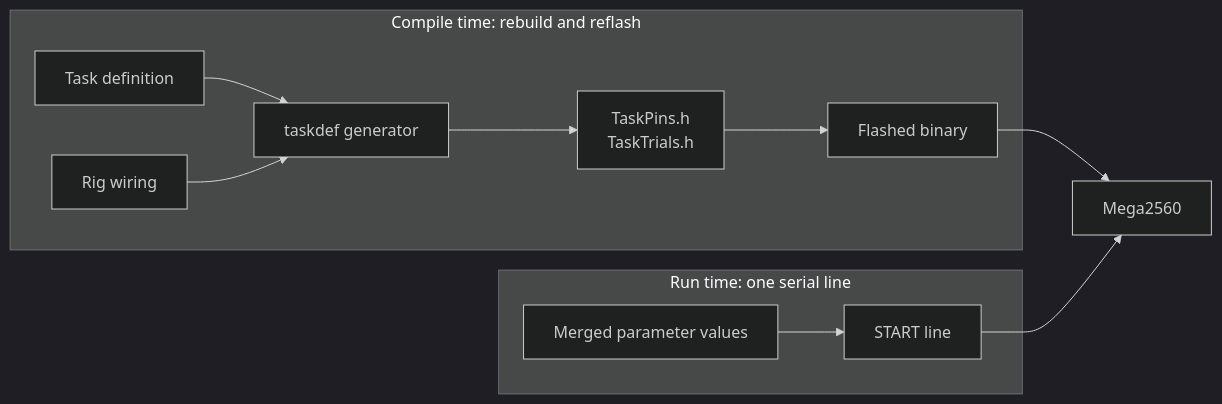
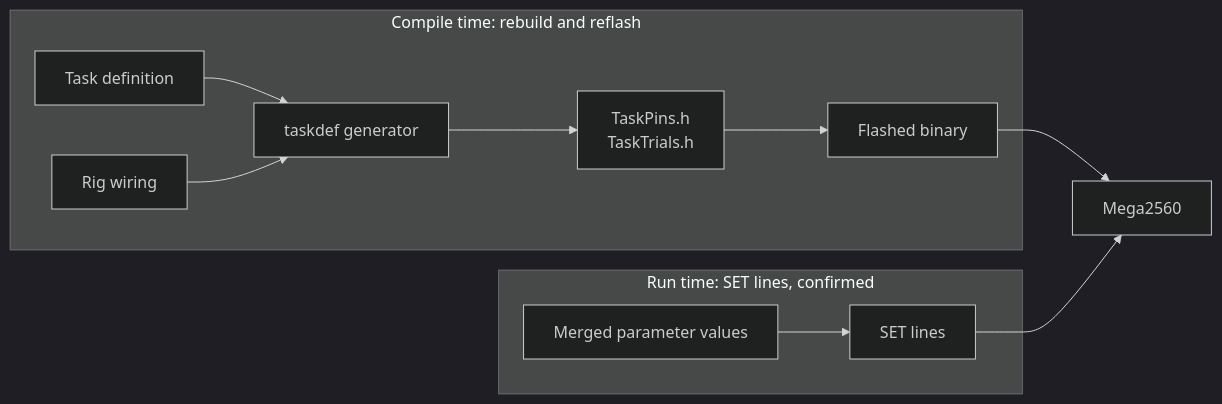
The first of 7 diagrams in docs/TASKS.md (Chase-NJ/Ephymeris), drawn with Mermaid (dark theme) before and after one commit. The commit also changed other lines of this file and 37 other files, not shown here.

First line of the commit message:
Confirm the run's parameters by CRC before START (#126)

````diff
--- a/docs/TASKS.md
+++ b/docs/TASKS.md
@@ -100,14 +101,14 @@
 ```mermaid
 flowchart LR
     subgraph compileTime["Compile time: rebuild and reflash"]
         definition["Task definition"] --> generator["taskdef generator"]
         wiring["Rig wiring"] --> generator
         generator --> headers["TaskPins.h<br/>TaskTrials.h"]
         headers --> binary["Flashed binary"]
     end
-    subgraph runTime["Run time: one serial line"]
-        values["Merged parameter values"] --> line["START line"]
+    subgraph runTime["Run time: SET lines, confirmed"]
+        values["Merged parameter values"] --> line["SET lines"]
     end
     binary --> board["Mega2560"]
     line --> board
 ```
````
